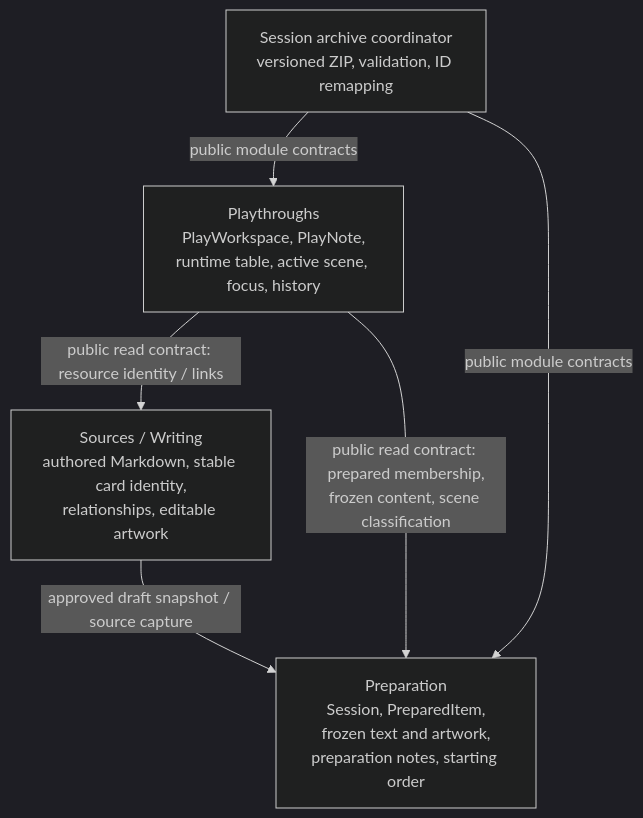
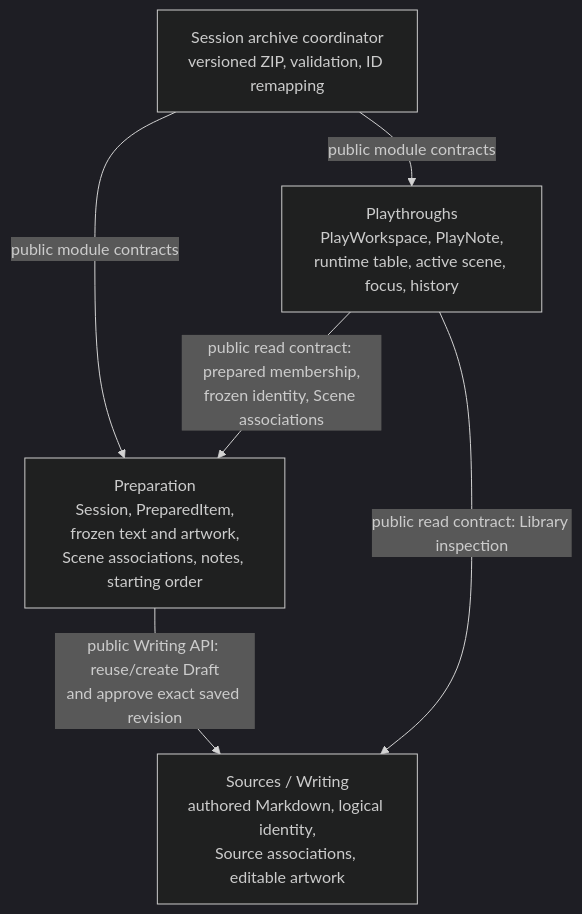
Before and after one commit to oldzkoolgamerz2901/campaign-workbench: the first of 5 diagrams in docs/playthrough-domain-architecture.md, drawn with Mermaid (dark theme). The commit also changed other lines of this file and 23 other files, not shown here.

````diff
--- a/docs/playthrough-domain-architecture.md
+++ b/docs/playthrough-domain-architecture.md
@@ -9,12 +11,12 @@
 ```mermaid
 flowchart TD
-    SW["Sources / Writing<br/>authored Markdown, stable card identity,<br/>relationships, editable artwork"]
-    P["Preparation<br/>Session, PreparedItem,<br/>frozen text and artwork,<br/>preparation notes, starting order"]
+    SW["Sources / Writing<br/>authored Markdown, logical identity,<br/>Source associations, editable artwork"]
+    P["Preparation<br/>Session, PreparedItem,<br/>frozen text and artwork,<br/>Scene associations, notes, starting order"]
     PT["Playthroughs<br/>PlayWorkspace, PlayNote,<br/>runtime table, active scene, focus, history"]
     X["Session archive coordinator<br/>versioned ZIP, validation, ID remapping"]
-    SW -->|"approved draft snapshot / source capture"| P
-    PT -->|"public read contract: prepared membership,<br/>frozen content, scene classification"| P
-    PT -->|"public read contract: resource identity / links"| SW
+    P -->|"public Writing API: reuse/create Draft<br/>and approve exact saved revision"| SW
+    PT -->|"public read contract: prepared membership,<br/>frozen identity, Scene associations"| P
+    PT -->|"public read contract: Library inspection"| SW
     X -->|"public module contracts"| P
     X -->|"public module contracts"| PT
 ```
````
